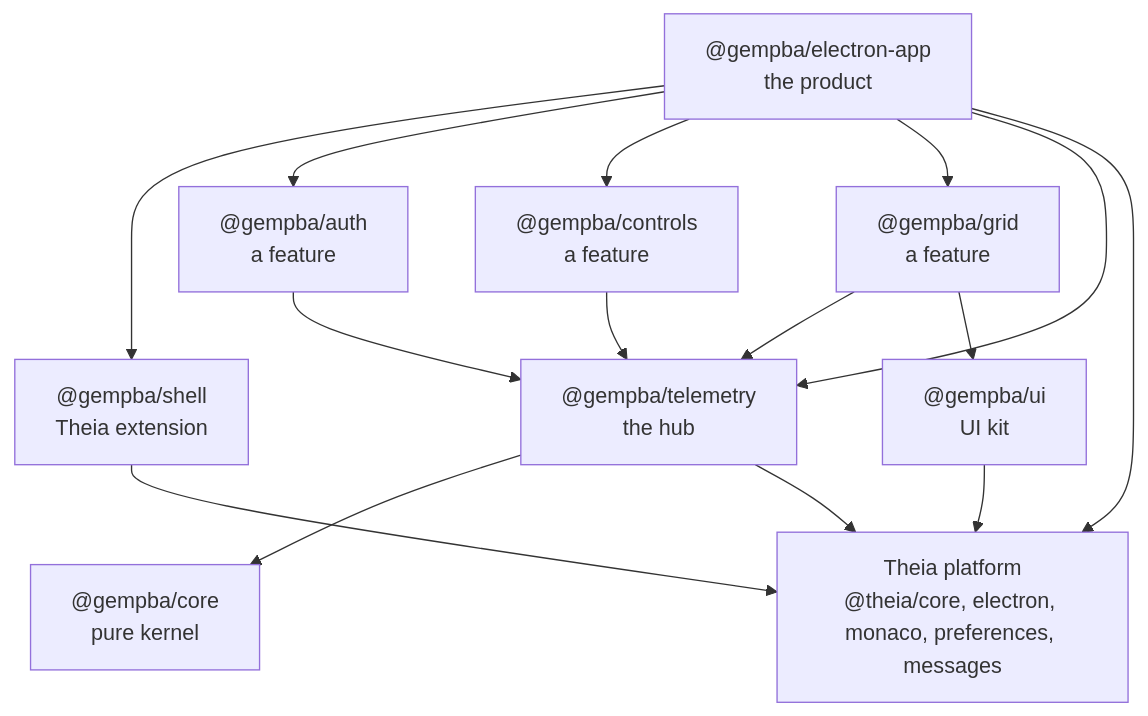
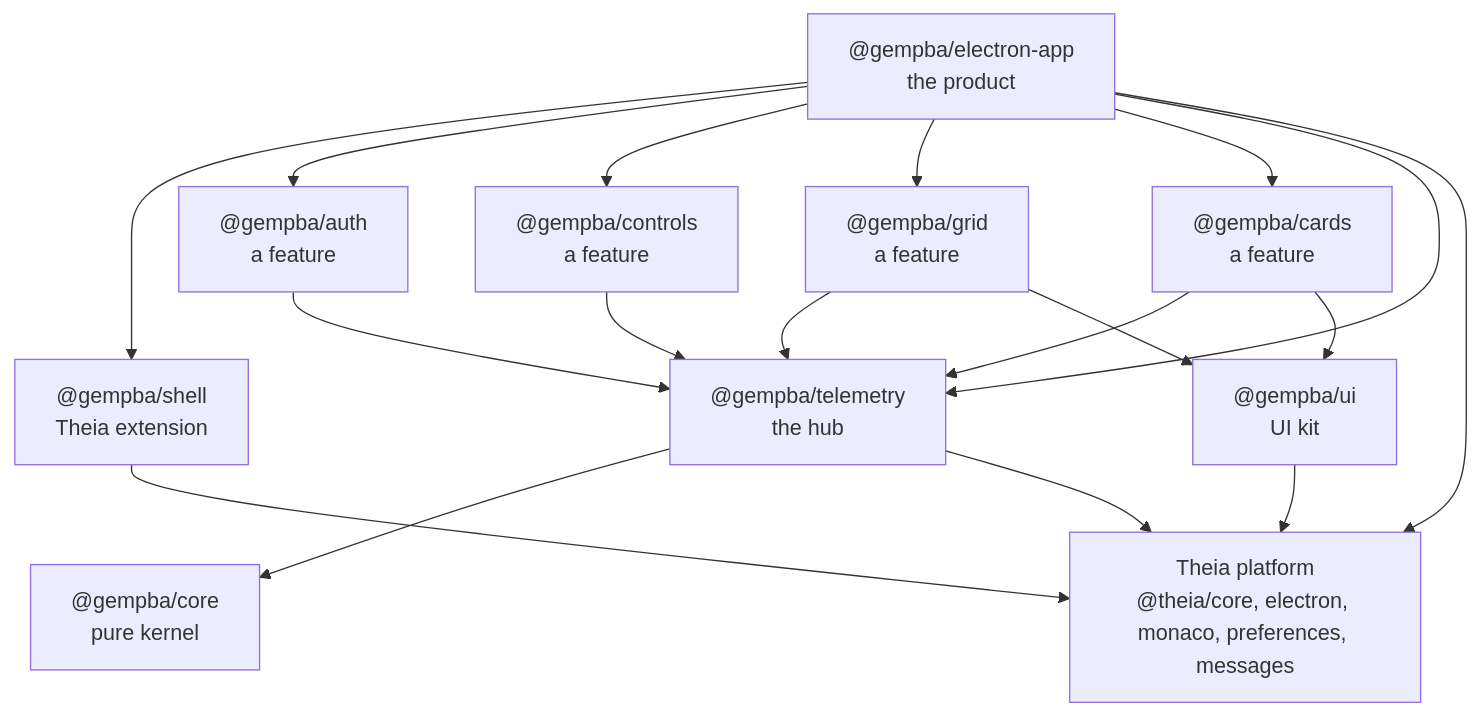
Before and after one commit to rapastranac/gempba-dashboard: the second of 3 diagrams in ARCHITECTURE.md, drawn with Mermaid. The commit also changed other lines of this file, not shown here.

Commit message:
#29 docs: Document the Cards view and hidden views in ARCHITECTURE.md

````diff
--- a/ARCHITECTURE.md
+++ b/ARCHITECTURE.md
@@ -74,26 +74,30 @@
 ```mermaid
 flowchart TB
     app["@gempba/electron-app<br/>the product"]
     shell["@gempba/shell<br/>Theia extension"]
     telemetry["@gempba/telemetry<br/>the hub"]
     auth["@gempba/auth<br/>a feature"]
     controls["@gempba/controls<br/>a feature"]
     grid["@gempba/grid<br/>a feature"]
+    cards["@gempba/cards<br/>a feature"]
     ui["@gempba/ui<br/>UI kit"]
     core["@gempba/core<br/>pure kernel"]
     theia["Theia platform<br/>@theia/core, electron, monaco, preferences, messages"]
     app --> shell
     app --> auth
     app --> controls
     app --> grid
+    app --> cards
     app --> telemetry
     app --> theia
     auth --> telemetry
     controls --> telemetry
     grid --> telemetry
     grid --> ui
+    cards --> telemetry
+    cards --> ui
     ui --> theia
     shell --> theia
     telemetry --> core
     telemetry --> theia
 ```
````
